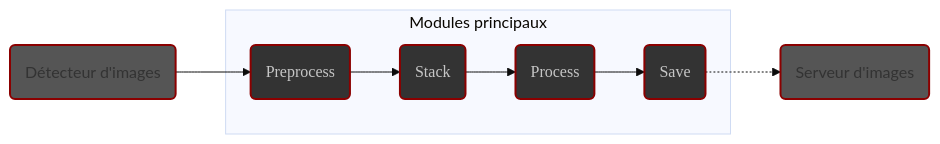
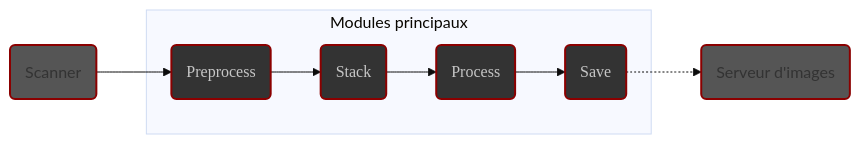
The diagram in content/fr/docs/v0.7/user-guide/concepts.md (deufrai/als), drawn with Mermaid (base theme) before and after one commit. The commit also changed other lines of this file and 1 other file, not shown here.

Commit message:
unify Scanner module name use in FR docs

````diff
--- a/content/fr/docs/v0.7/user-guide/concepts.md
+++ b/content/fr/docs/v0.7/user-guide/concepts.md
@@ -37,17 +37,17 @@
 ```mermaid
 graph LR
     subgraph Modules principaux
         B(Preprocess) --> C(Stack)
         C --> D(Process)
         D --> E(Save)
     end
-    A(Détecteur d'images) --> B
+    A(Scanner) --> B
     E -.-> F(Serveur d'images)
 
     style A fill:#555,stroke:darkred,stroke-width:2px
     style B fill:#333,stroke:darkred,stroke-width:2px,color:#c6c6c6,font-family:'Poppins',sans-serif
     style C fill:#333,stroke:darkred,stroke-width:2px,color:#c6c6c6,font-family:'Poppins',sans-serif
     style D fill:#333,stroke:darkred,stroke-width:2px,color:#c6c6c6,font-family:'Poppins',sans-serif
     style E fill:#333,stroke:darkred,stroke-width:2px,color:#c6c6c6,font-family:'Poppins',sans-serif
     style F fill:#555,stroke:darkred,stroke-width:2px
 ```
````
